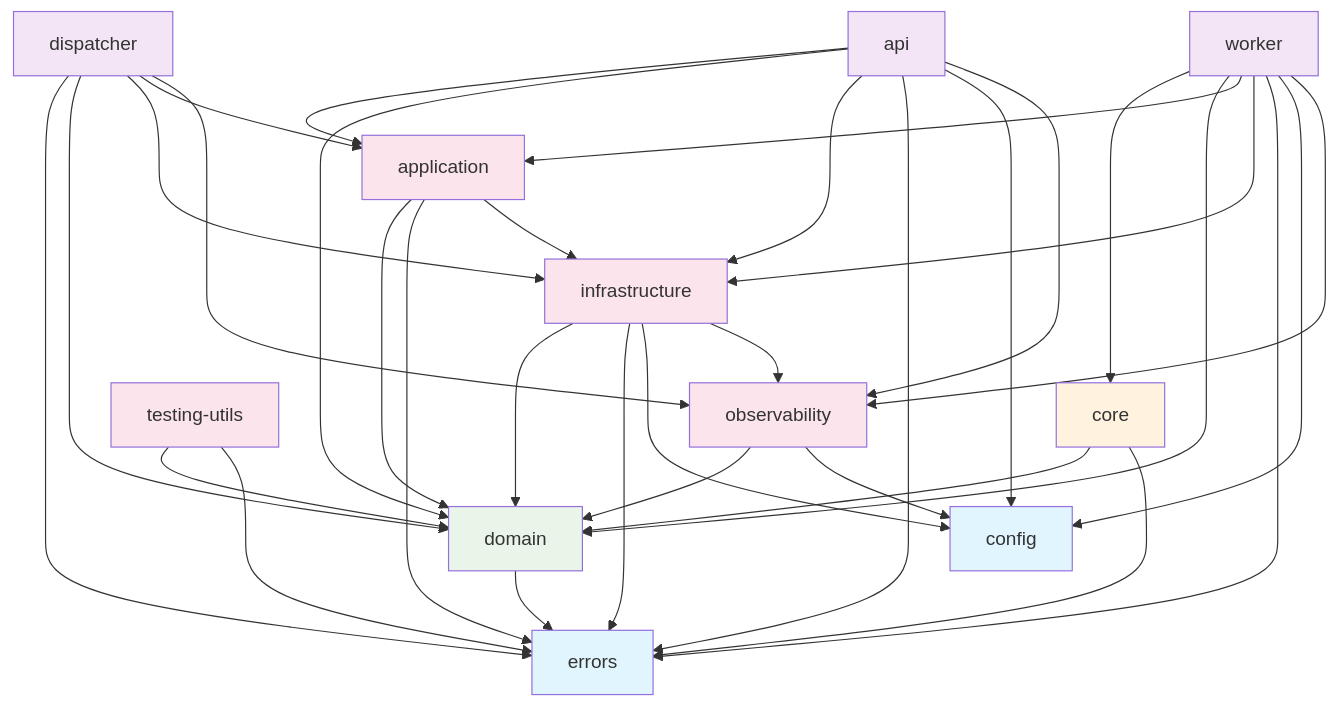
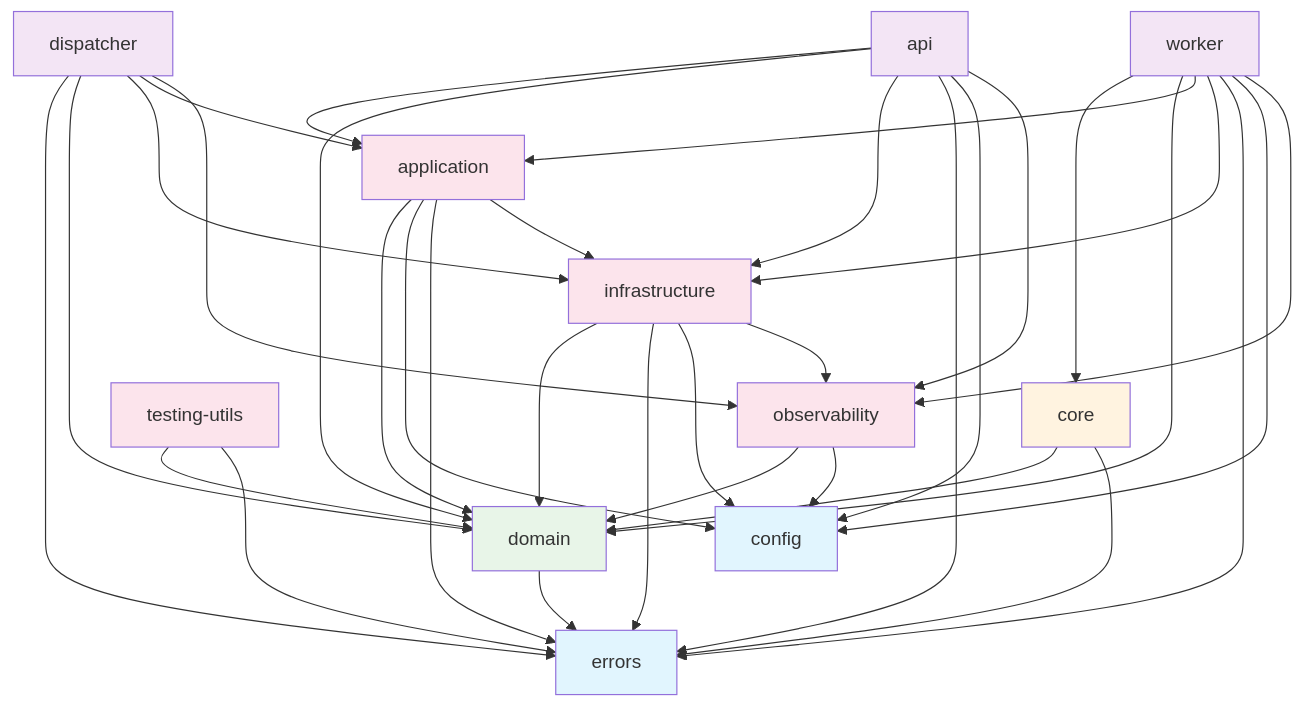
The diagram in docs/architecture/dependencies.mmd (yeheng/distributed-scheduler), drawn with Mermaid before and after one commit. The commit also changed 5 other files, not shown here.

```diff
--- a/docs/architecture/dependencies.mmd
+++ b/docs/architecture/dependencies.mmd
@@ -1,50 +1,51 @@
 graph TD
   core --> domain
   core --> errors
   dispatcher --> errors
   dispatcher --> domain
   dispatcher --> infrastructure
   dispatcher --> application
   dispatcher --> observability
   observability --> domain
   observability --> config
   testing-utils --> domain
   testing-utils --> errors
   api --> application
   api --> domain
   api --> infrastructure
   api --> errors
   api --> config
   api --> observability
   application --> domain
+  application --> config
   application --> errors
   application --> infrastructure
   worker --> core
   worker --> domain
   worker --> application
   worker --> infrastructure
   worker --> errors
   worker --> config
   worker --> observability
   infrastructure --> domain
   infrastructure --> errors
   infrastructure --> config
   infrastructure --> observability
   domain --> errors
 
   classDef layer0 fill:#e1f5fe
   classDef layer1 fill:#e8f5e8
   classDef layer2 fill:#fff3e0
   classDef layer3 fill:#fce4ec
   classDef layer4 fill:#f3e5f5
   class errors layer0
   class config layer0
   class domain layer1
   class core layer2
   class application layer3
   class infrastructure layer3
   class observability layer3
   class testing-utils layer3
   class dispatcher layer4
   class worker layer4
   class api layer4
```
